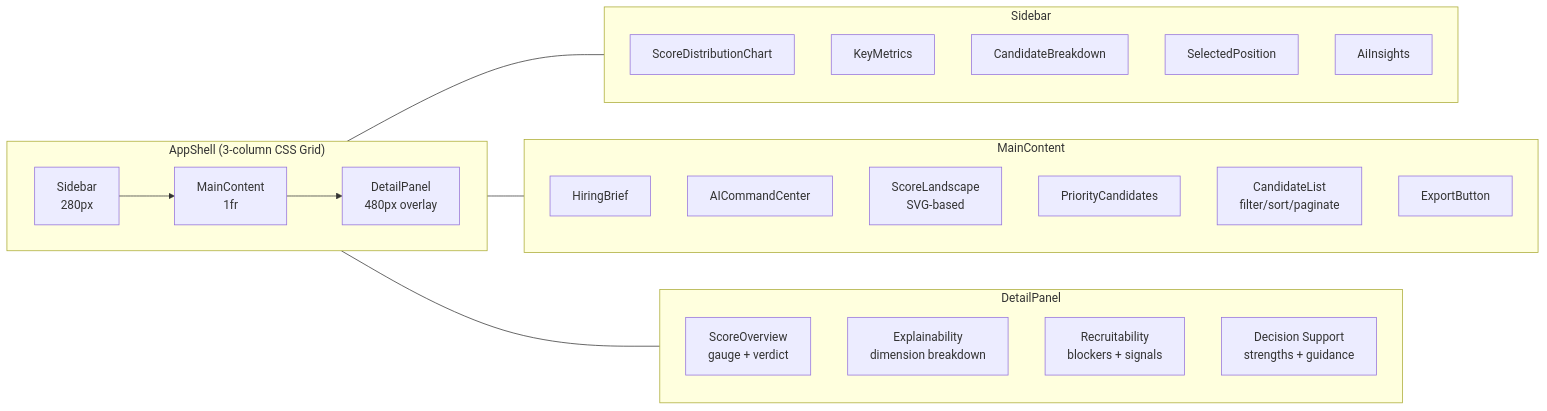
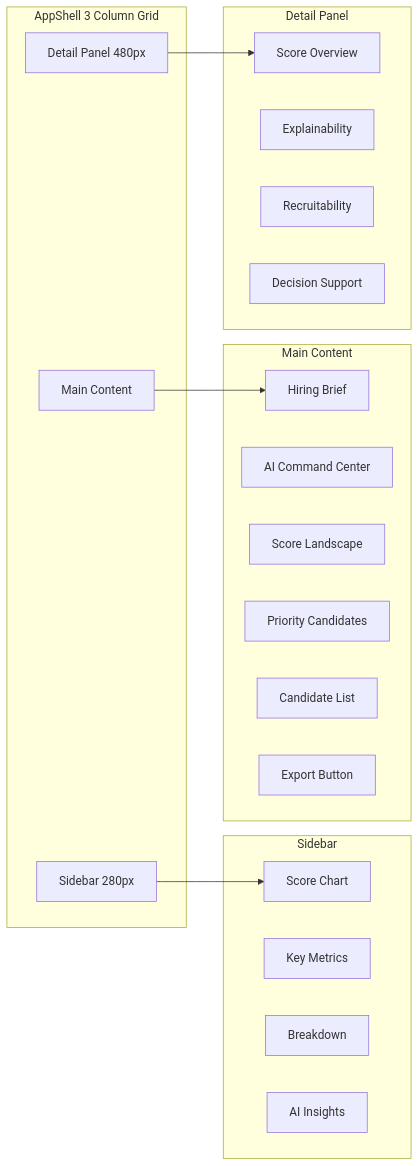
The second of 2 diagrams in README.md (Poulabi8137/intellirank-ai), drawn with Mermaid before and after one commit. The commit also changed other lines of this file, not shown here.

Commit message:
Update in architecture

````diff
--- a/README.md
+++ b/README.md
@@ -121,36 +121,35 @@
 ```mermaid
-flowchart LR
-    subgraph AppShell["AppShell (3-column CSS Grid)"]
-        direction LR
-        SB[Sidebar<br/>280px] --> MC[MainContent<br/>1fr]
-        MC --> DP[DetailPanel<br/>480px overlay]
+graph LR
+    subgraph "AppShell 3 Column Grid"
+        SB[Sidebar 280px]
+        MC[Main Content]
+        DP[Detail Panel 480px]
     end
 
-    subgraph SidebarContent["Sidebar"]
-        SDC[ScoreDistributionChart]
-        KM[KeyMetrics]
-        CB[CandidateBreakdown]
-        SP[SelectedPosition]
-        AI[AiInsights]
+    subgraph "Sidebar"
+        SDC[Score Chart]
+        KM[Key Metrics]
+        CB[Breakdown]
+        AII[AI Insights]
     end
 
-    subgraph MainContent["MainContent"]
-        HB[HiringBrief]
-        ACC[AICommandCenter]
-        SL[ScoreLandscape<br/>SVG-based]
-        PC[PriorityCandidates]
-        CL[CandidateList<br/>filter/sort/paginate]
-        EB[ExportButton]
+    subgraph "Main Content"
+        HB[Hiring Brief]
+        ACC[AI Command Center]
+        SL[Score Landscape]
+        PC[Priority Candidates]
+        CL[Candidate List]
+        EB[Export Button]
     end
 
-    subgraph DetailPanel["DetailPanel"]
-        SO[ScoreOverview<br/>gauge + verdict]
-        EP[Explainability<br/>dimension breakdown]
-        RP[Recruitability<br/>blockers + signals]
-        DS[Decision Support<br/>strengths + guidance]
+    subgraph "Detail Panel"
+        SO[Score Overview]
+        EP[Explainability]
+        RP[Recruitability]
+        DS[Decision Support]
     end
 
-    SB --- SidebarContent
-    MC --- MainContent
-    DP --- DetailPanel
+    SB --> SDC
+    MC --> HB
+    DP --> SO
 ```
````
